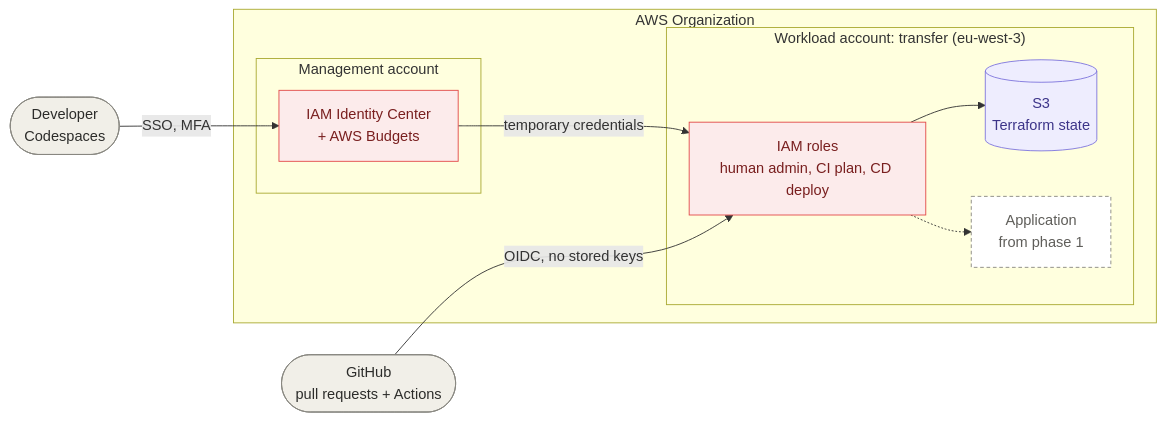
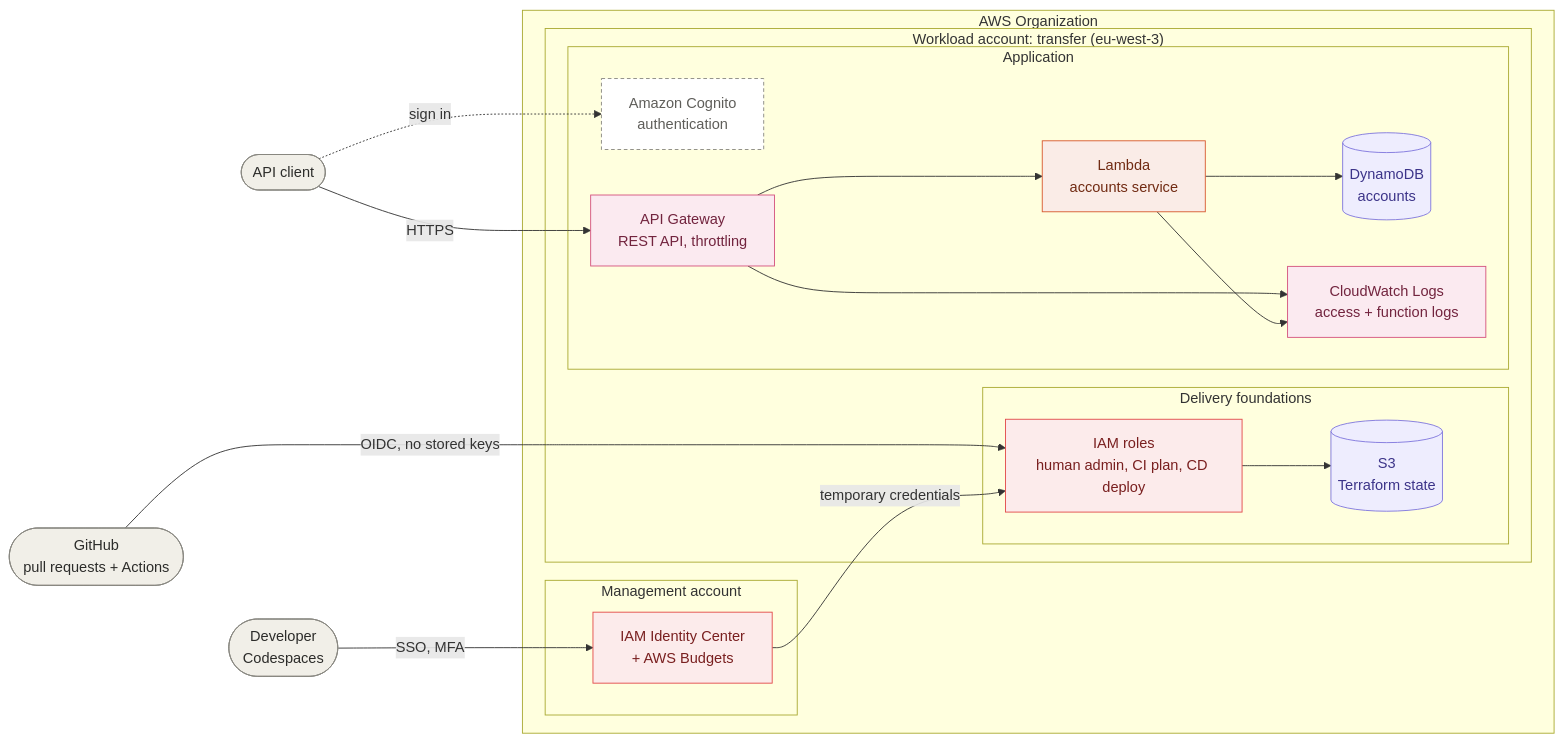
One commit to samibhiri/serverless-transfer-saga changed the diagram in README.md. Above: the diagram before and after it, drawn with Mermaid. The commit also changed other lines of this file and 5 other files, not shown here.

Commit message:
feat(infra): add API Gateway REST API for the accounts service (#10)

````diff
--- a/README.md
+++ b/README.md
@@ -33,31 +35,49 @@
 ```mermaid
 flowchart LR
     dev(["Developer<br/>Codespaces"])
     gh(["GitHub<br/>pull requests + Actions"])
+    client(["API client"])
 
     subgraph org["AWS Organization"]
         subgraph mgmt["Management account"]
             idc["IAM Identity Center<br/>+ AWS Budgets"]
         end
         subgraph wl["Workload account: transfer (eu-west-3)"]
-            roles["IAM roles<br/>human admin, CI plan, CD deploy"]
-            state[("S3<br/>Terraform state")]
-            app["Application<br/>from phase 1"]
+            subgraph delivery["Delivery foundations"]
+                roles["IAM roles<br/>human admin, CI plan, CD deploy"]
+                state[("S3<br/>Terraform state")]
+            end
+            subgraph application["Application"]
+                cognito["Amazon Cognito<br/>authentication"]
+                apigw["API Gateway<br/>REST API, throttling"]
+                fn["Lambda<br/>accounts service"]
+                ddb[("DynamoDB<br/>accounts")]
+                logs["CloudWatch Logs<br/>access + function logs"]
+            end
         end
     end
 
+    gh -- "OIDC, no stored keys" --> roles
+    gh ~~~ dev
     dev -- "SSO, MFA" --> idc
     idc -- "temporary credentials" --> roles
-    gh -- "OIDC, no stored keys" --> roles
     roles --> state
-    roles -.-> app
+    client -. "sign in" .-> cognito
+    client -- "HTTPS" --> apigw
+    apigw --> fn --> ddb
+    apigw --> logs
+    fn --> logs
 
     classDef actor fill:#F1EFE8,stroke:#888780,color:#2C2C2A
     classDef identity fill:#FCEBEB,stroke:#E24B4A,color:#791F1F
     classDef data fill:#EEEDFE,stroke:#7F77DD,color:#3C3489
+    classDef compute fill:#FAECE7,stroke:#D85A30,color:#712B13
+    classDef integration fill:#FBEAF0,stroke:#D4537E,color:#72243E
     classDef todo fill:#FFFFFF,stroke:#888780,color:#5F5E5A,stroke-dasharray: 4 3
-    class dev,gh actor
+    class client,dev,gh actor
     class idc,roles identity
-    class state data
-    class app todo
+    class state,ddb data
+    class fn compute
+    class apigw,logs integration
+    class cognito todo
 ```
````
